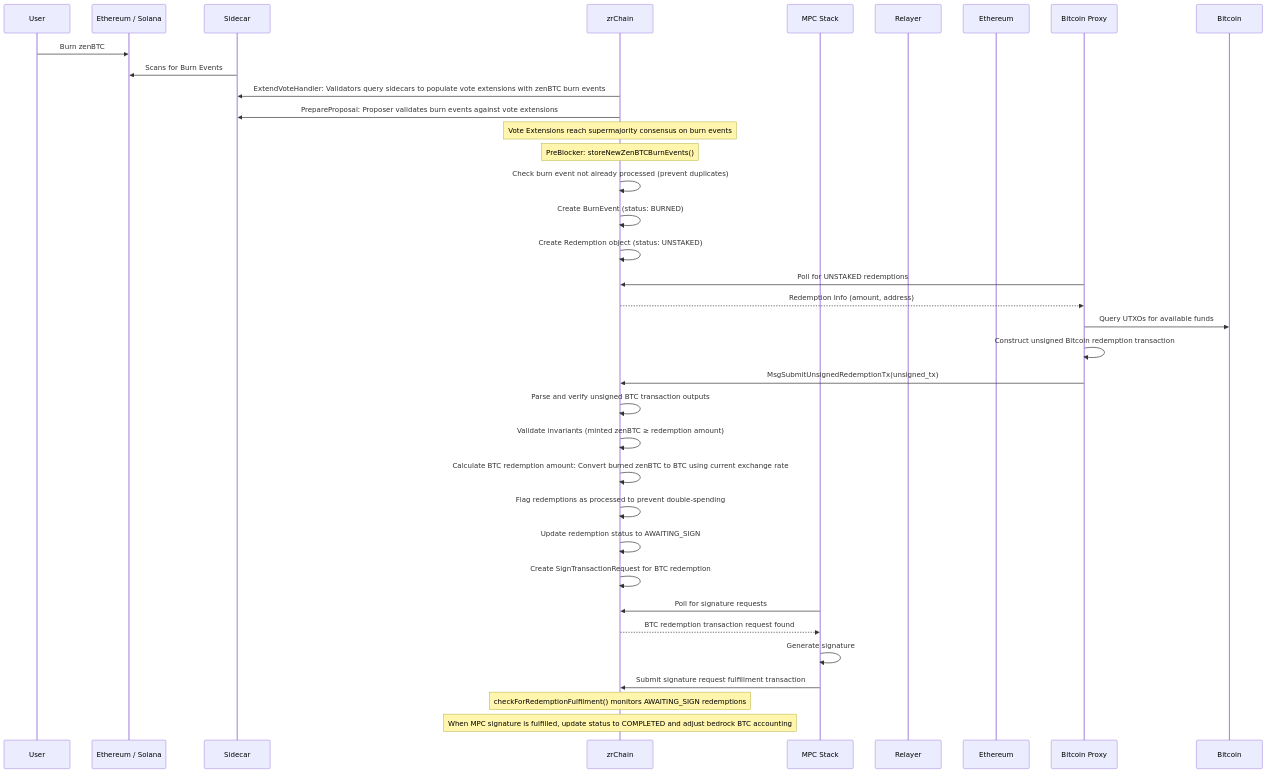
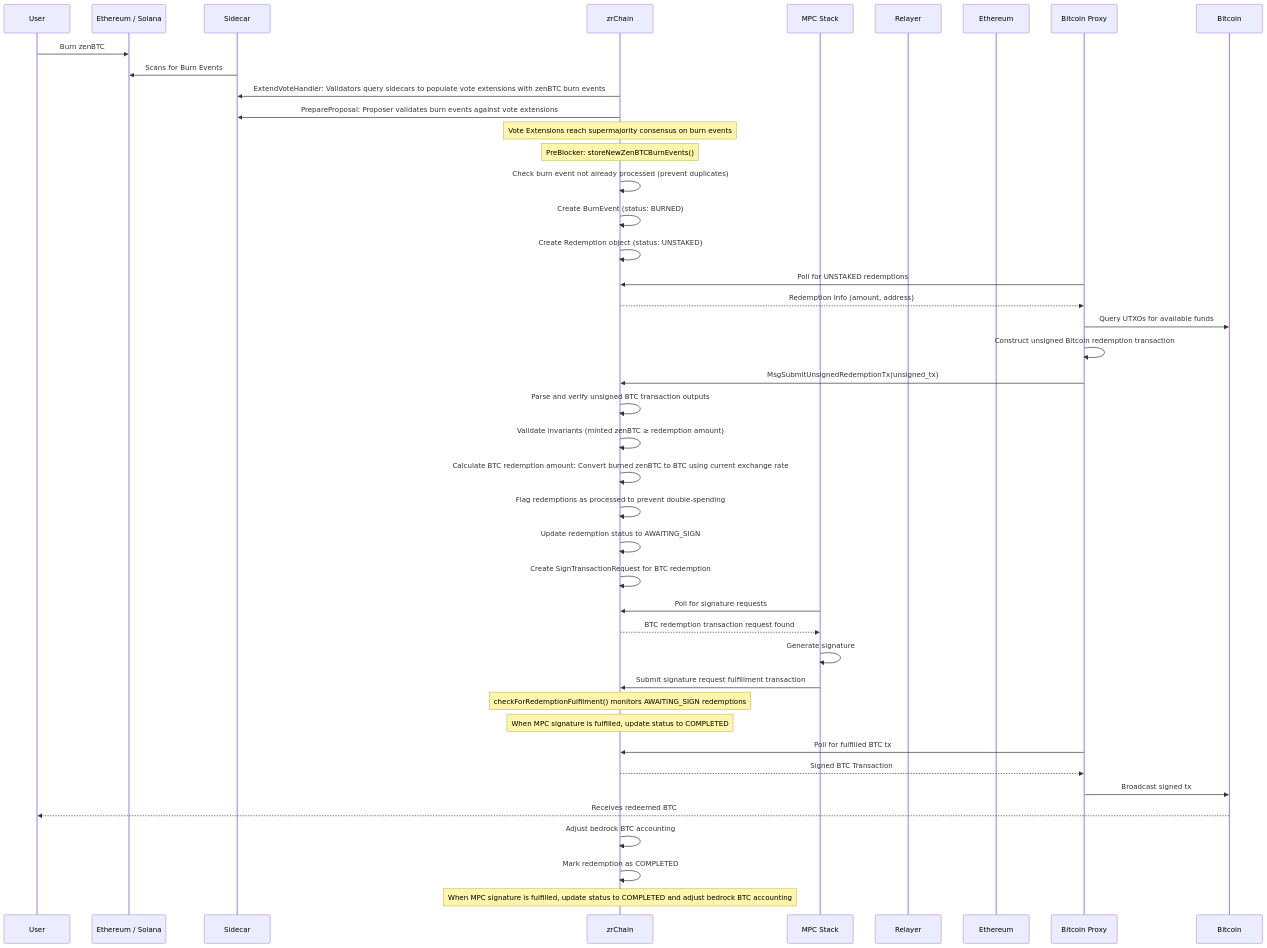
The second of 4 diagrams in docs/README.md (zenrocklabs/zrchain), drawn with Mermaid before and after one commit. The commit also changed other lines of this file, not shown here.

````diff
--- a/docs/README.md
+++ b/docs/README.md
@@ -154,42 +154,50 @@
 ```mermaid
 sequenceDiagram
     participant User
     participant DestinationChain as Ethereum / Solana
     participant Sidecar
     participant zrChain
     participant MPC Stack
     participant Relayer
     participant Ethereum
     participant Bitcoin Proxy
     participant Bitcoin
 
     User->>DestinationChain: Burn zenBTC
     Sidecar->>DestinationChain: Scans for Burn Events
     zrChain->>Sidecar: ExtendVoteHandler: Validators query sidecars to populate vote extensions with zenBTC burn events
     zrChain->>Sidecar: PrepareProposal: Proposer validates burn events against vote extensions
     Note over zrChain: Vote Extensions reach supermajority consensus on burn events
 
     Note over zrChain: PreBlocker: storeNewZenBTCBurnEvents()
     zrChain->>zrChain: Check burn event not already processed (prevent duplicates)
     zrChain->>zrChain: Create BurnEvent (status: BURNED)
     zrChain->>zrChain: Create Redemption object (status: UNSTAKED)
 
     Bitcoin Proxy->>zrChain: Poll for UNSTAKED redemptions
     zrChain-->>Bitcoin Proxy: Redemption Info (amount, address)
     Bitcoin Proxy->>Bitcoin: Query UTXOs for available funds
     Bitcoin Proxy->>Bitcoin Proxy: Construct unsigned Bitcoin redemption transaction
     Bitcoin Proxy->>zrChain: MsgSubmitUnsignedRedemptionTx(unsigned_tx)
     zrChain->>zrChain: Parse and verify unsigned BTC transaction outputs
     zrChain->>zrChain: Validate invariants (minted zenBTC ≥ redemption amount)
     zrChain->>zrChain: Calculate BTC redemption amount: Convert burned zenBTC to BTC using current exchange rate
     zrChain->>zrChain: Flag redemptions as processed to prevent double-spending
     zrChain->>zrChain: Update redemption status to AWAITING_SIGN
     zrChain->>zrChain: Create SignTransactionRequest for BTC redemption
     MPC Stack->>zrChain: Poll for signature requests
     zrChain-->>MPC Stack: BTC redemption transaction request found
     MPC Stack->>MPC Stack: Generate signature
     MPC Stack->>zrChain: Submit signature request fulfillment transaction
-    
+
     Note over zrChain: checkForRedemptionFulfilment() monitors AWAITING_SIGN redemptions
+    Note over zrChain: When MPC signature is fulfilled, update status to COMPLETED
+
+    Bitcoin Proxy->>zrChain: Poll for fulfilled BTC tx
+    zrChain-->>Bitcoin Proxy: Signed BTC Transaction
+    Bitcoin Proxy->>Bitcoin: Broadcast signed tx
+    Bitcoin-->>User: Receives redeemed BTC
+    zrChain->>zrChain: Adjust bedrock BTC accounting
+    zrChain->>zrChain: Mark redemption as COMPLETED
     Note over zrChain: When MPC signature is fulfilled, update status to COMPLETED and adjust bedrock BTC accounting
 ```
````
